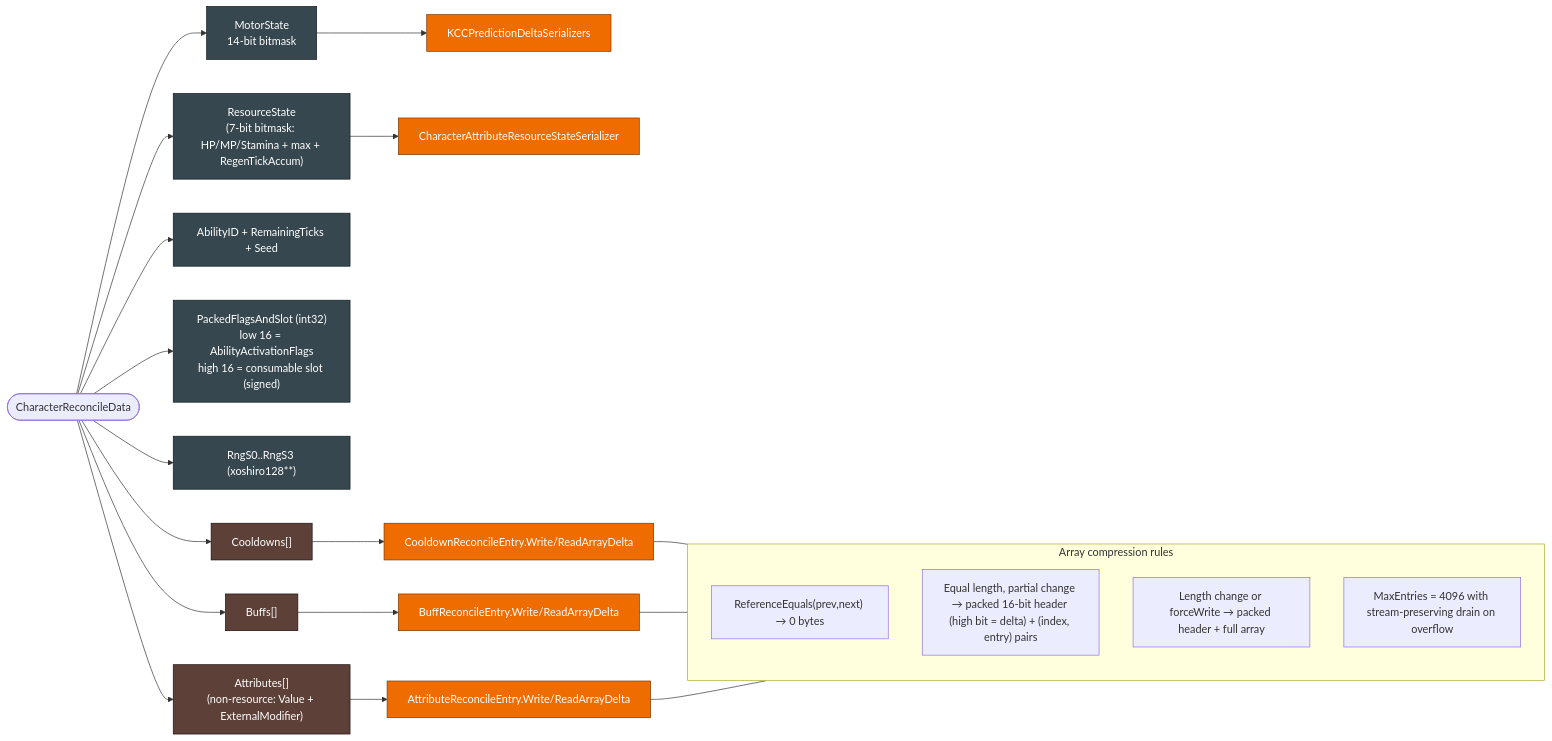
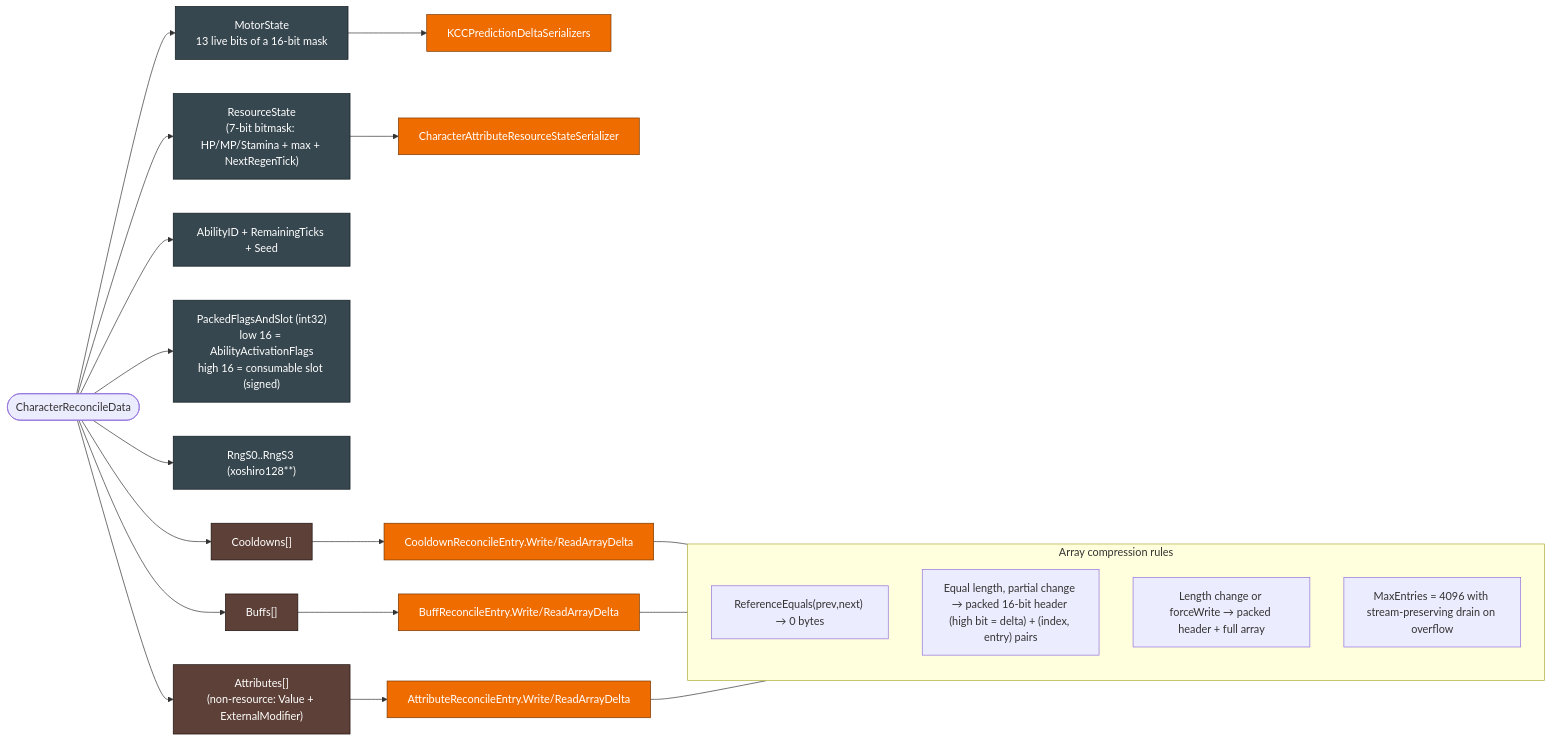
One commit to jimdroberts/FishMMO changed the third of 5 diagrams in FishMMO-Unity/Assets/Scripts/Shared/Implementation/Entity/Prediction/README.md. Above: the diagram before and after it, drawn with Mermaid. The commit also changed other lines of this file and 62 other files, not shown here.

````diff
--- a/FishMMO-Unity/Assets/Scripts/Shared/Implementation/Entity/Prediction/README.md
+++ b/FishMMO-Unity/Assets/Scripts/Shared/Implementation/Entity/Prediction/README.md
@@ -596,34 +618,34 @@
 ```mermaid
 flowchart LR
     classDef field   fill:#37474f,color:#fff,stroke:#101a1f,stroke-width:1px
     classDef arr     fill:#5d4037,color:#fff,stroke:#1b0f0c,stroke-width:1px
     classDef serial  fill:#ef6c00,color:#fff,stroke:#7a3700,stroke-width:1px
 
     RC([CharacterReconcileData])
 
-    RC --> MS["MotorState\n14-bit bitmask"]:::field
-    RC --> RS["ResourceState\n(7-bit bitmask: HP/MP/Stamina + max + RegenTickAccum)"]:::field
+    RC --> MS["MotorState\n13 live bits of a 16-bit mask"]:::field
+    RC --> RS["ResourceState\n(7-bit bitmask: HP/MP/Stamina + max + NextRegenTick)"]:::field
     RC --> AID["AbilityID + RemainingTicks + Seed"]:::field
     RC --> PFS["PackedFlagsAndSlot (int32)\nlow 16 = AbilityActivationFlags\nhigh 16 = consumable slot (signed)"]:::field
     RC --> RNG["RngS0..RngS3 (xoshiro128**)"]:::field
     RC --> COOL["Cooldowns[]"]:::arr
     RC --> BUFF["Buffs[]"]:::arr
     RC --> ATTR["Attributes[]\n(non-resource: Value + ExternalModifier)"]:::arr
 
     MS   --> KCC_SER["KCCPredictionDeltaSerializers"]:::serial
     RS   --> RES_SER["CharacterAttributeResourceStateSerializer"]:::serial
     COOL --> CD_SER["CooldownReconcileEntry.Write/ReadArrayDelta"]:::serial
     BUFF --> BUF_SER["BuffReconcileEntry.Write/ReadArrayDelta"]:::serial
     ATTR --> ATT_SER["AttributeReconcileEntry.Write/ReadArrayDelta"]:::serial
 
     subgraph Compression["Array compression rules"]
         direction TB
         R1["ReferenceEquals(prev,next) → 0 bytes"]
         R2["Equal length, partial change → packed 16-bit header (high bit = delta) + (index, entry) pairs"]
         R3["Length change or forceWrite → packed header + full array"]
         R4["MaxEntries = 4096 with stream-preserving drain on overflow"]
     end
     CD_SER  --- Compression
     BUF_SER --- Compression
     ATT_SER --- Compression
 ```
````
